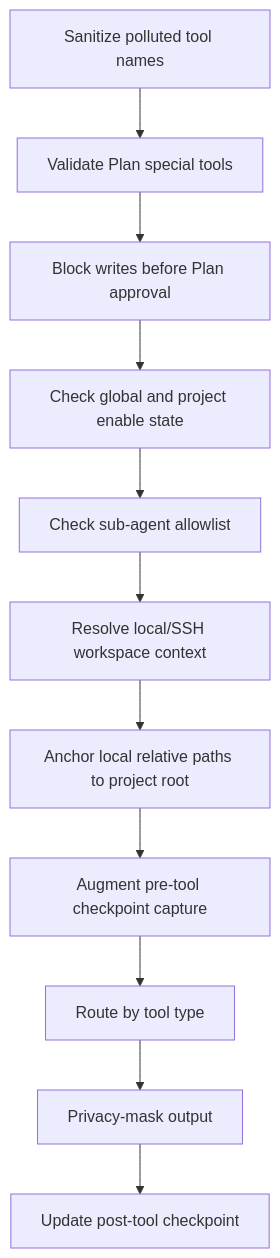
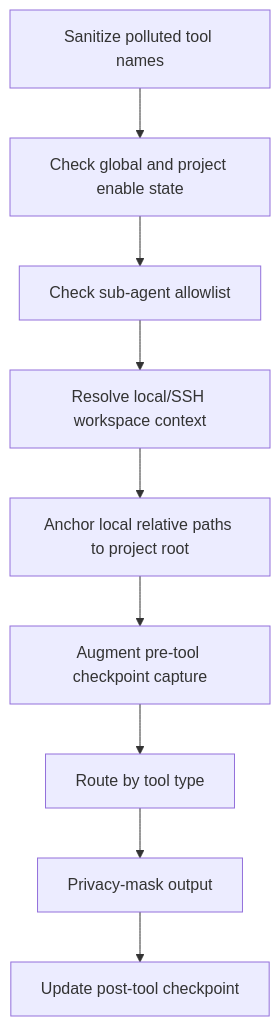
Before and after one commit to BaSui01/snow-app: diagram 13 of 23 in docs/en/4-architecture-and-development/4-agent-runtime-and-tool-orchestration.md, drawn with Mermaid. The commit also changed other lines of this file and 135 other files, not shown here.

````diff
--- a/docs/en/4-architecture-and-development/4-agent-runtime-and-tool-orchestration.md
+++ b/docs/en/4-architecture-and-development/4-agent-runtime-and-tool-orchestration.md
@@ -500,13 +500,11 @@
 ```mermaid
 flowchart TD
-    A[Sanitize polluted tool names] --> B[Validate Plan special tools]
-    B --> C[Block writes before Plan approval]
-    C --> D[Check global and project enable state]
-    D --> E[Check sub-agent allowlist]
-    E --> F[Resolve local/SSH workspace context]
-    F --> G[Anchor local relative paths to project root]
-    G --> H[Augment pre-tool checkpoint capture]
-    H --> I[Route by tool type]
-    I --> J[Privacy-mask output]
-    J --> K[Update post-tool checkpoint]
+    A[Sanitize polluted tool names] --> B[Check global and project enable state]
+    B --> C[Check sub-agent allowlist]
+    C --> D[Resolve local/SSH workspace context]
+    D --> E[Anchor local relative paths to project root]
+    E --> F[Augment pre-tool checkpoint capture]
+    F --> G[Route by tool type]
+    G --> H[Privacy-mask output]
+    H --> I[Update post-tool checkpoint]
 ```
````
